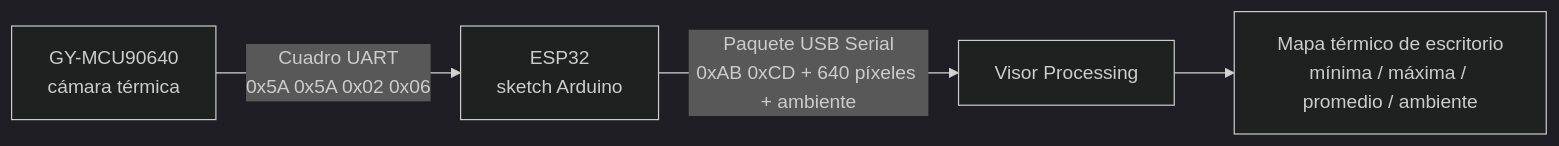
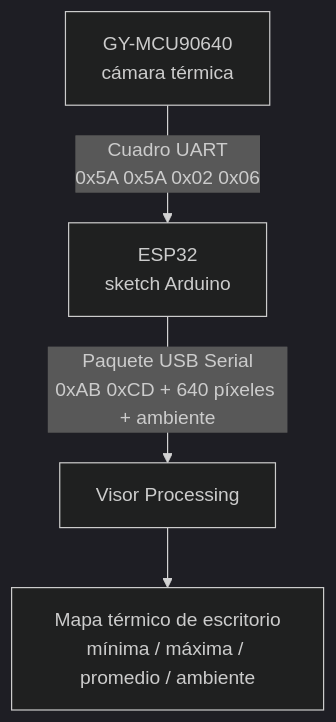
One commit to Dortecx/Camara-Termica changed the diagram in README.es.md. Above: the diagram before and after it, drawn with Mermaid (dark theme). The commit also changed 1 other file, not shown here.

Commit message:
docs: make architecture diagram vertical

````diff
--- a/README.es.md
+++ b/README.es.md
@@ -9,6 +9,6 @@
 ```mermaid
-flowchart LR
+flowchart TD
   Camera["GY-MCU90640\ncámara térmica"] -->|Cuadro UART\n0x5A 0x5A 0x02 0x06| ESP32["ESP32\nsketch Arduino"]
   ESP32 -->|Paquete USB Serial\n0xAB 0xCD + 640 píxeles + ambiente| Processing["Visor Processing"]
   Processing --> Display["Mapa térmico de escritorio\nmínima / máxima / promedio / ambiente"]
 ```
````
